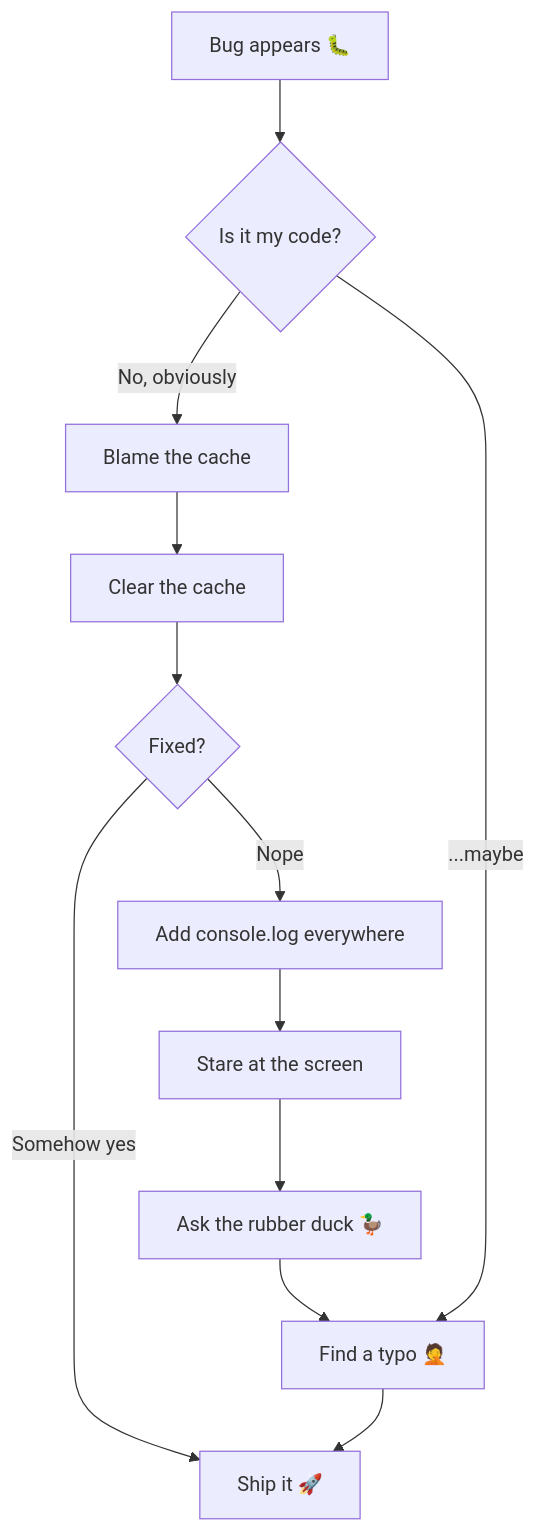
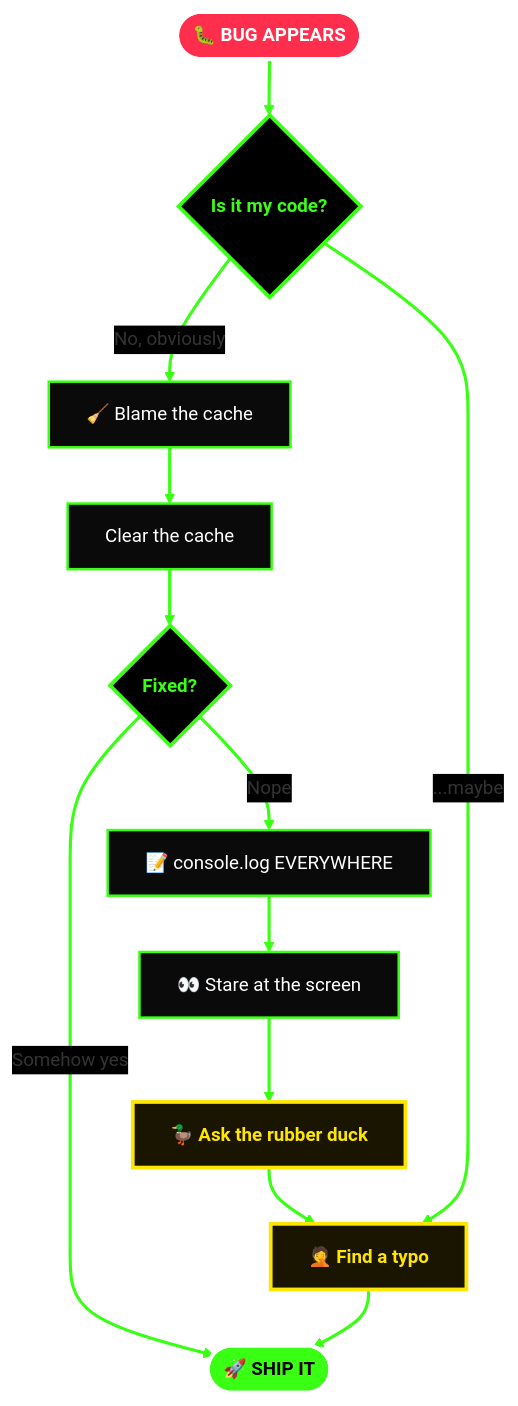
Before and after one commit to TanmayChauhan123/TanmayChauhan123: the diagram in README.md, drawn with Mermaid. The commit also changed other lines of this file, not shown here.

````diff
--- a/README.md
+++ b/README.md
@@ -162,14 +162,22 @@
 ```mermaid
+%%{init: {'theme':'base','flowchart':{'curve':'basis','nodeSpacing':40,'rankSpacing':45},'themeVariables':{'fontFamily':'monospace','fontSize':'15px','lineColor':'#39FF14','edgeLabelBackground':'#000000','textColor':'#39FF14'}}}%%
 flowchart TD
-    A[Bug appears 🐛] --> B{Is it my code?}
-    B -->|No, obviously| C[Blame the cache]
-    C --> D[Clear the cache]
-    D --> E{Fixed?}
-    E -->|Nope| F[Add console.log everywhere]
-    F --> G[Stare at the screen]
-    G --> H[Ask the rubber duck 🦆]
-    H --> I[Find a typo 🤦]
-    B -->|...maybe| I
-    E -->|Somehow yes| J[Ship it 🚀]
+    A(["🐛 BUG APPEARS"]):::bug --> B{"Is it my code?"}:::decision
+    B -->|"No, obviously"| C["🧹 Blame the cache"]:::step
+    C --> D["Clear the cache"]:::step
+    D --> E{"Fixed?"}:::decision
+    E -->|"Nope"| F["📝 console.log EVERYWHERE"]:::step
+    F --> G["👀 Stare at the screen"]:::step
+    G --> H["🦆 Ask the rubber duck"]:::funny
+    H --> I["🤦 Find a typo"]:::funny
+    B -->|"...maybe"| I
+    E -->|"Somehow yes"| J(["🚀 SHIP IT"]):::ship
     I --> J
+
+    classDef bug fill:#ff2e4d,stroke:#ffffff,stroke-width:3px,color:#ffffff,font-weight:bold
+    classDef decision fill:#000000,stroke:#39FF14,stroke-width:3px,color:#39FF14,font-weight:bold
+    classDef step fill:#0a0a0a,stroke:#39FF14,stroke-width:2px,color:#ffffff
+    classDef funny fill:#1a1500,stroke:#ffe600,stroke-width:3px,color:#ffe600,font-weight:bold
+    classDef ship fill:#39FF14,stroke:#ffffff,stroke-width:3px,color:#000000,font-weight:bold
+    linkStyle default stroke:#39FF14,stroke-width:2.5px
 ```
````
